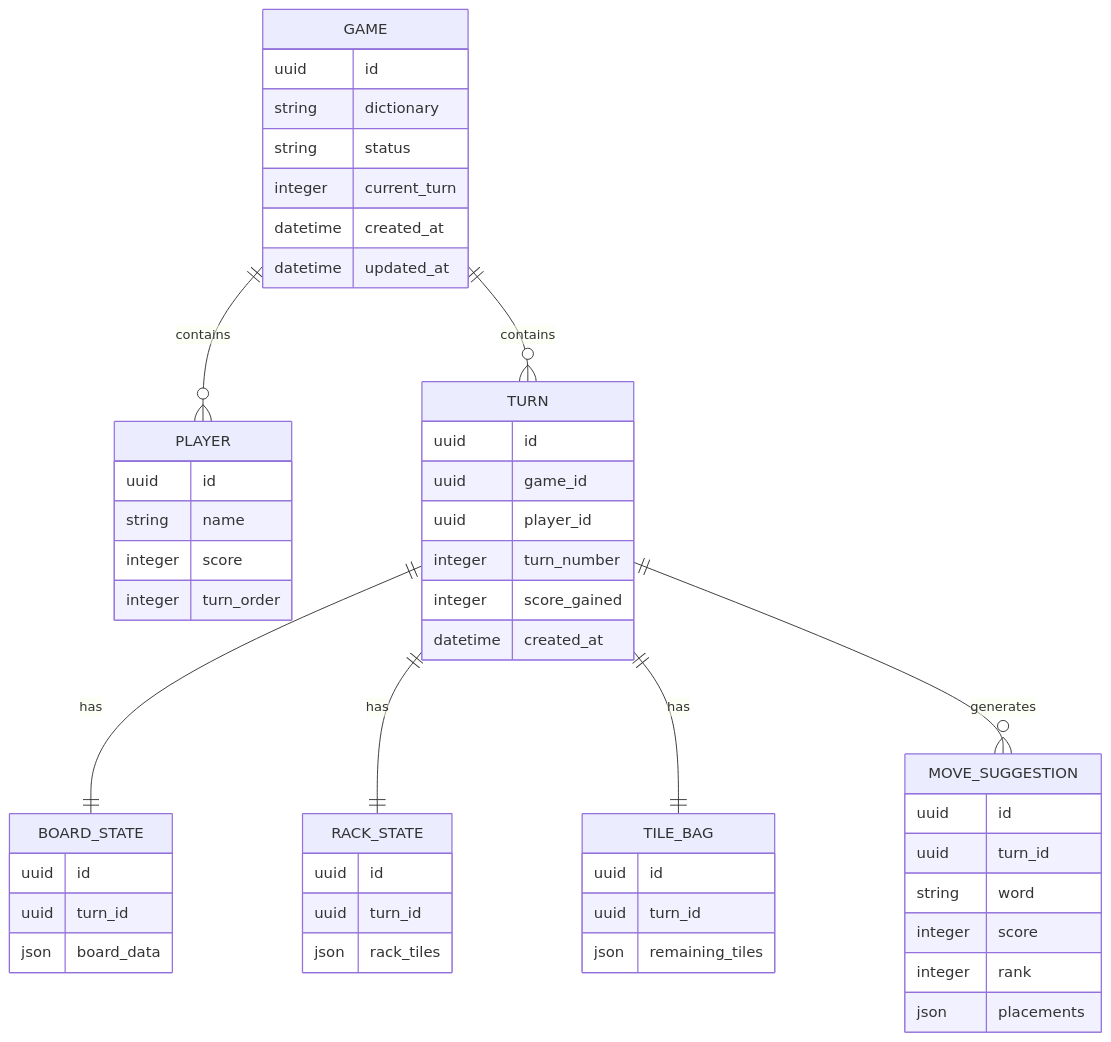
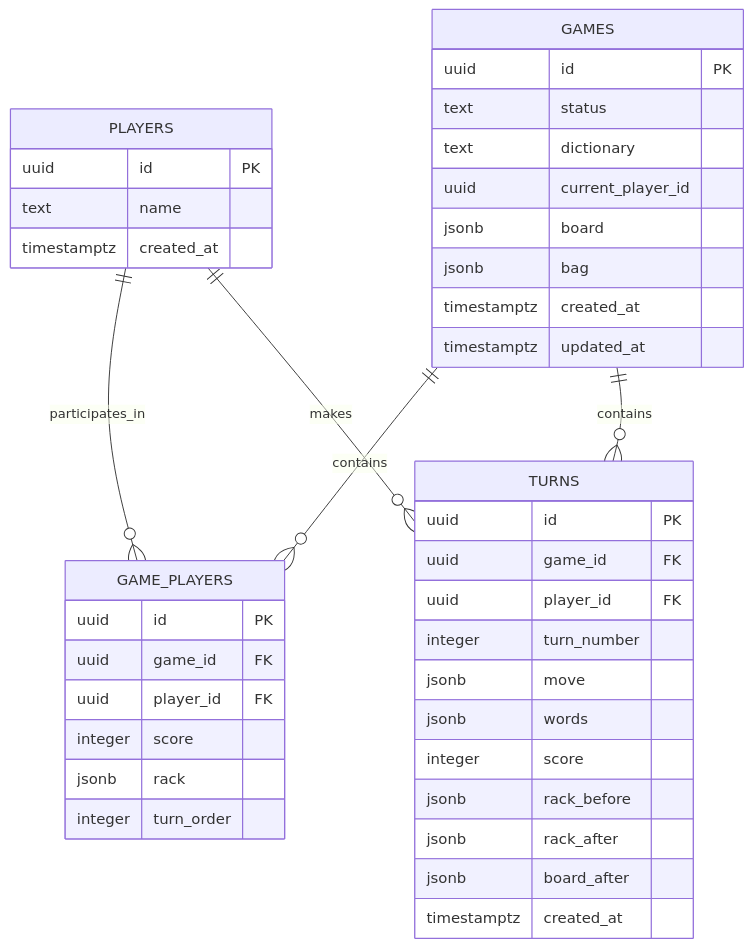
The first of 3 diagrams in docs/DatabaseSchema.md (shawwnn/scrabble-ai-assistant), drawn with Mermaid before and after one commit. The commit also changed other lines of this file and 12 other files, not shown here.

First line of the commit message:
Add Supabase database schema and persistence plan for Scrabble game

````diff
--- a/docs/DatabaseSchema.md
+++ b/docs/DatabaseSchema.md
@@ -38,64 +114,51 @@
 ```mermaid
 erDiagram
 
-GAME ||--o{ PLAYER : contains
-GAME ||--o{ TURN : contains
+    PLAYERS ||--o{ GAME_PLAYERS : participates_in
 
-TURN ||--|| BOARD_STATE : has
-TURN ||--|| RACK_STATE : has
-TURN ||--|| TILE_BAG : has
+    GAMES ||--o{ GAME_PLAYERS : contains
 
-TURN ||--o{ MOVE_SUGGESTION : generates
+    GAMES ||--o{ TURNS : contains
 
-PLAYER {
-    uuid id
-    string name
-    integer score
-    integer turn_order
-}
+    PLAYERS ||--o{ TURNS : makes
 
-GAME {
-    uuid id
-    string dictionary
-    string status
-    integer current_turn
-    datetime created_at
-    datetime updated_at
-}
+    PLAYERS {
+        uuid id PK
+        text name
+        timestamptz created_at
+    }
 
-TURN {
-    uuid id
-    uuid game_id
-    uuid player_id
-    integer turn_number
-    integer score_gained
-    datetime created_at
-}
+    GAMES {
+        uuid id PK
+        text status
+        text dictionary
+        uuid current_player_id
+        jsonb board
+        jsonb bag
+        timestamptz created_at
+        timestamptz updated_at
+    }
 
-BOARD_STATE {
-    uuid id
-    uuid turn_id
-    json board_data
-}
+    GAME_PLAYERS {
+        uuid id PK
+        uuid game_id FK
+        uuid player_id FK
+        integer score
+        jsonb rack
+        integer turn_order
+    }
 
-RACK_STATE {
-    uuid id
-    uuid turn_id
-    json rack_tiles
-}
-
-TILE_BAG {
-    uuid id
-    uuid turn_id
-    json remaining_tiles
-}
-
-MOVE_SUGGESTION {
-    uuid id
-    uuid turn_id
-    string word
-    integer score
-    integer rank
-    json placements
-}
+    TURNS {
+        uuid id PK
+        uuid game_id FK
+        uuid player_id FK
+        integer turn_number
+        jsonb move
+        jsonb words
+        integer score
+        jsonb rack_before
+        jsonb rack_after
+        jsonb board_after
+        timestamptz created_at
+    }
 ```
````
